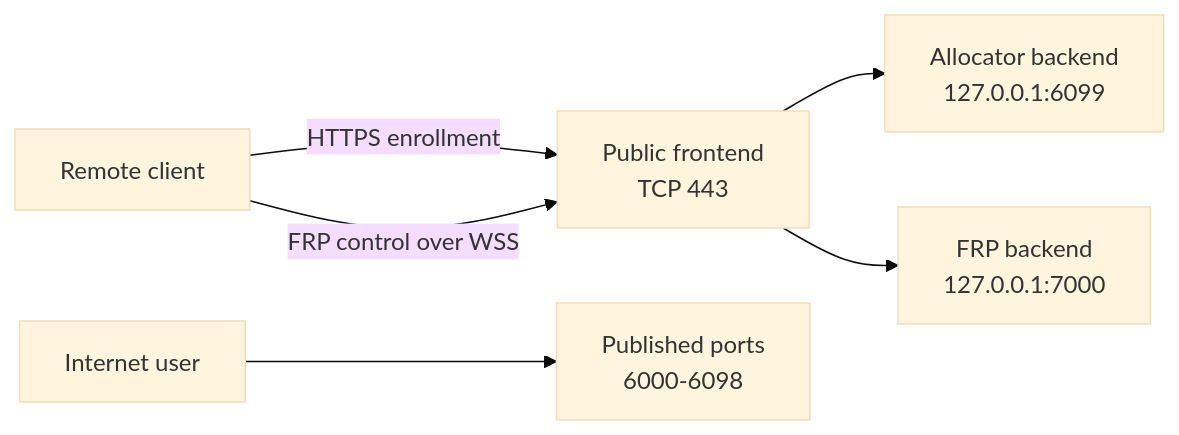
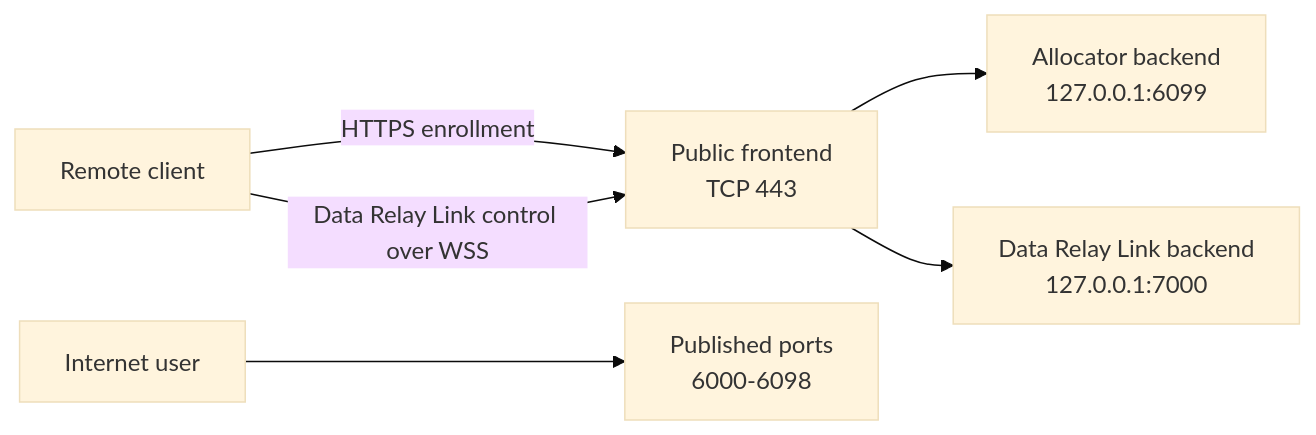
One commit to datarelay-labs/data-relay-link-docs changed the third of 4 diagrams in deployment/modes.mdx. Above: the diagram before and after it, drawn with Mermaid (base theme). The commit also changed other lines of this file and 36 other files, not shown here.

````diff
--- a/deployment/modes.mdx
+++ b/deployment/modes.mdx
@@ -53,15 +53,15 @@
 ```mermaid
 flowchart LR
     C[Remote client]
     U[Internet user]
     FE[Public frontend\nTCP 443]
     A[Allocator backend\n127.0.0.1:6099]
-    F[FRP backend\n127.0.0.1:7000]
+    F[Data Relay Link backend\n127.0.0.1:7000]
     P[Published ports\n6000-6098]
 
     C -->|HTTPS enrollment| FE
-    C -->|FRP control over WSS| FE
+    C -->|Data Relay Link control over WSS| FE
     FE --> A
     FE --> F
     U --> P
 ```
````
